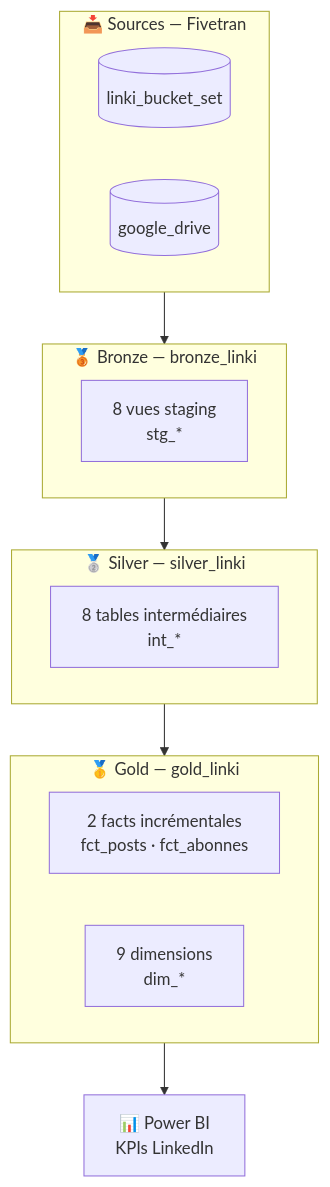
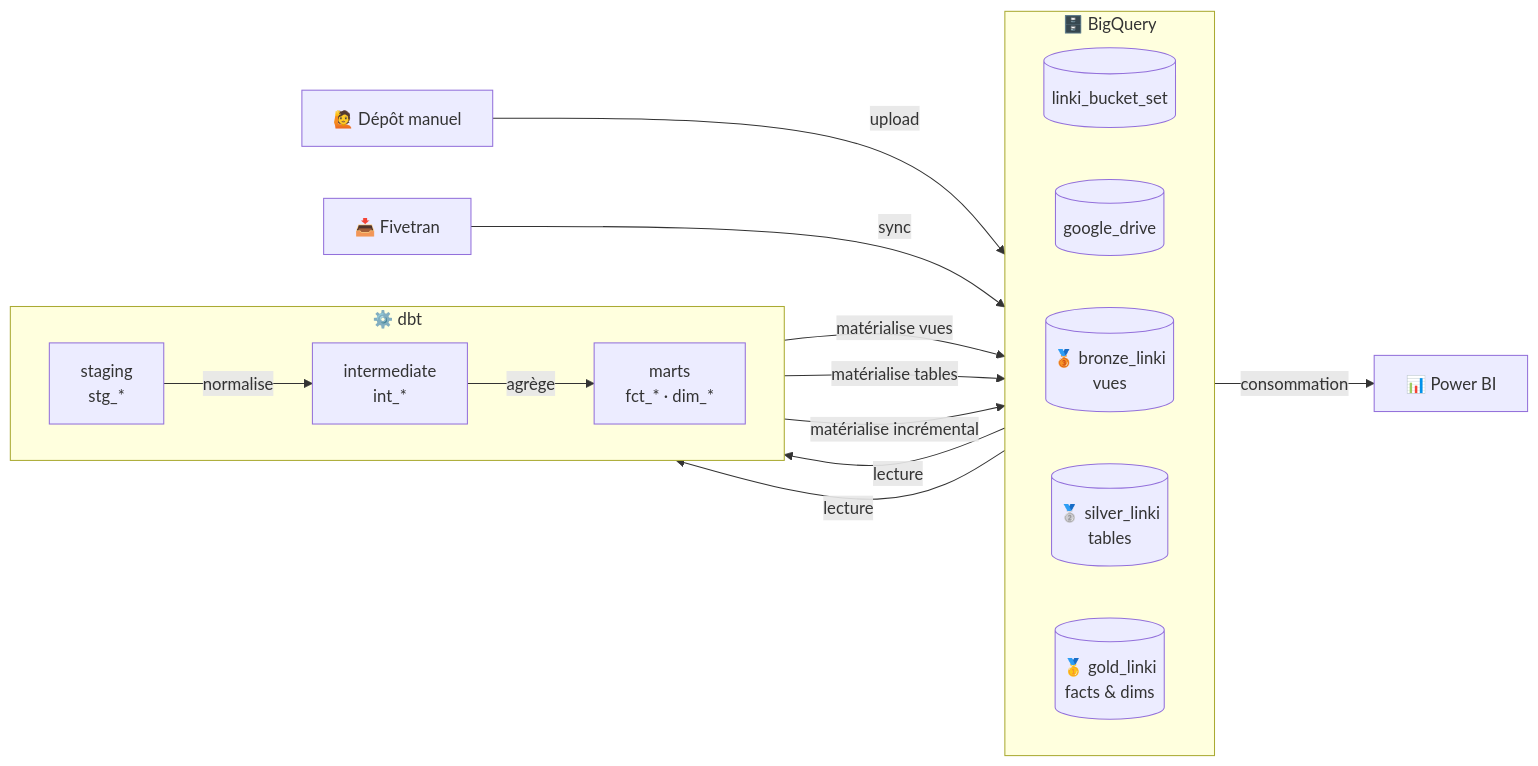
The first of 5 diagrams in README.md (ballates/linkyhub_dbt), drawn with Mermaid before and after one commit. The commit also changed other lines of this file and 3 other files, not shown here.

````diff
--- a/README.md
+++ b/README.md
@@ -46,24 +34,27 @@
 ```mermaid
-flowchart TD
-    subgraph sources ["📥 Sources — Fivetran"]
-        s1[(linki_bucket_set)]
-        s2[(google_drive)]
+flowchart LR
+    manuel["🙋 Dépôt manuel"] -->|"upload"| bucket[("linki_bucket_set")]
+    fivetran["📥 Fivetran"] -->|"sync"| gdrive[("google_drive")]
+
+    subgraph bq ["🗄️ BigQuery"]
+        direction LR
+        bucket
+        gdrive
+        bronze[("🥉 bronze_linki\nvues")]
+        silver[("🥈 silver_linki\ntables")]
+        gold[("🥇 gold_linki\nfacts & dims")]
     end
 
-    subgraph bronze ["🥉 Bronze — bronze_linki"]
-        stg[8 vues staging\nstg_*]
+    subgraph dbt ["⚙️ dbt"]
+        direction LR
+        stg["staging\nstg_*"] -->|"normalise"| int["intermediate\nint_*"] -->|"agrège"| mart["marts\nfct_* · dim_*"]
     end
 
-    subgraph silver ["🥈 Silver — silver_linki"]
-        int[8 tables intermédiaires\nint_*]
-    end
+    bucket -->|"lecture"| stg
+    gdrive -->|"lecture"| stg
+    stg -->|"matérialise vues"| bronze
+    int -->|"matérialise tables"| silver
+    mart -->|"matérialise incrémental"| gold
 
-    subgraph gold ["🥇 Gold — gold_linki"]
-        fct[2 facts incrémentales\nfct_posts · fct_abonnes]
-        dim[9 dimensions\ndim_*]
-    end
-
-    powerbi[📊 Power BI\nKPIs LinkedIn]
-
-    sources --> bronze --> silver --> gold --> powerbi
+    gold -->|"consommation"| powerbi["📊 Power BI"]
 ```
````
